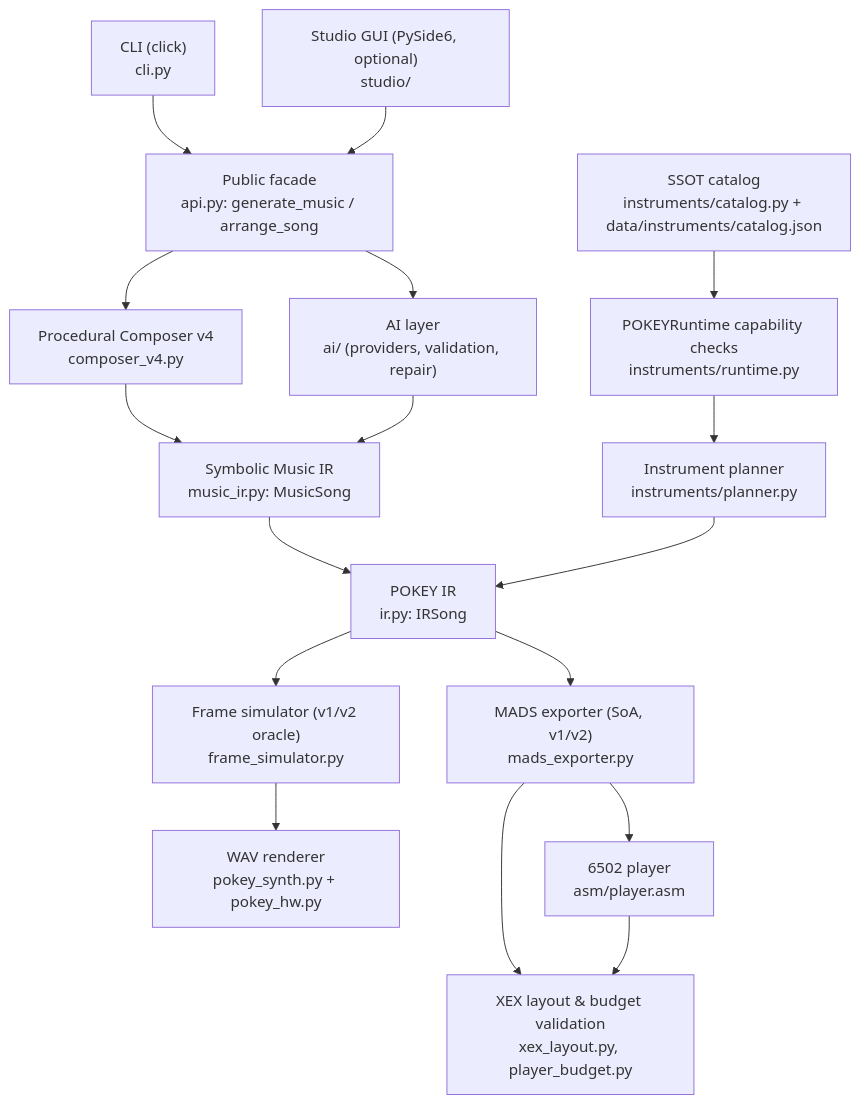
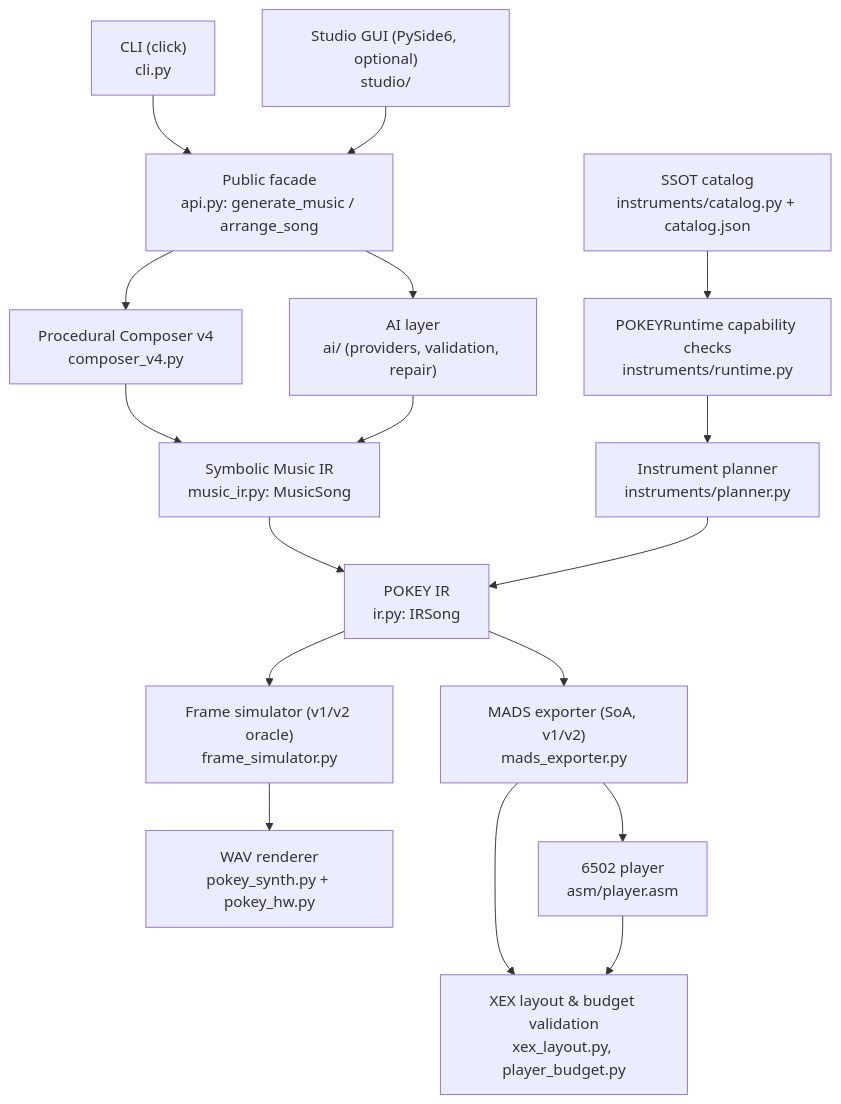
One commit to grzes71/atari-music-composer changed the diagram in docs/architecture/overview.md. Above: the diagram before and after it, drawn with Mermaid. The commit also changed 22 other files, not shown here.

````diff
--- a/docs/architecture/overview.md
+++ b/docs/architecture/overview.md
@@ -25,35 +25,35 @@
 ```mermaid
 flowchart TB
     CLI["CLI (click)<br/>cli.py"]
     STUDIO["Studio GUI (PySide6, optional)<br/>studio/"]
     API["Public facade<br/>api.py: generate_music / arrange_song"]
     C4["Procedural Composer v4<br/>composer_v4.py"]
     AI["AI layer<br/>ai/ (providers, validation, repair)"]
     MIR["Symbolic Music IR<br/>music_ir.py: MusicSong"]
     IR["POKEY IR<br/>ir.py: IRSong"]
     PLANNER["Instrument planner<br/>instruments/planner.py"]
     RUNTIME["POKEYRuntime capability checks<br/>instruments/runtime.py"]
-    CATALOG["SSOT catalog<br/>instruments/catalog.py + data/instruments/catalog.json"]
+    CATALOG["SSOT catalog<br/>instruments/catalog.py + catalog.json"]
     SIM["Frame simulator (v1/v2 oracle)<br/>frame_simulator.py"]
     SYNTH["WAV renderer<br/>pokey_synth.py + pokey_hw.py"]
     EXP["MADS exporter (SoA, v1/v2)<br/>mads_exporter.py"]
     PLAYER["6502 player<br/>asm/player.asm"]
     XEX["XEX layout & budget validation<br/>xex_layout.py, player_budget.py"]
 
     CLI --> API
     STUDIO --> API
     API --> C4
     API --> AI
     C4 --> MIR
     AI --> MIR
     MIR --> IR
     PLANNER --> IR
     CATALOG --> RUNTIME
     RUNTIME --> PLANNER
     IR --> SIM
     SIM --> SYNTH
     IR --> EXP
     EXP --> PLAYER
     EXP --> XEX
     PLAYER --> XEX
 ```
````
